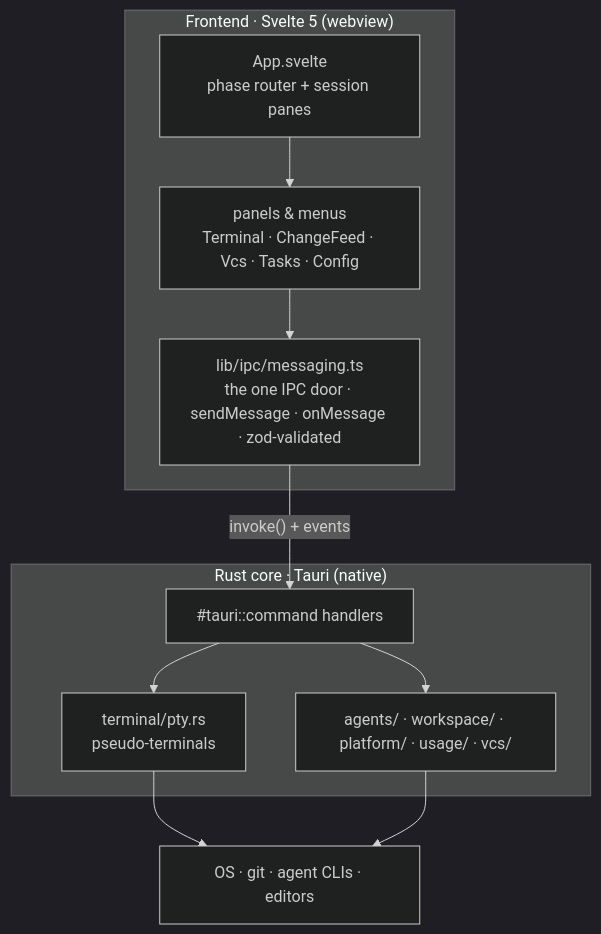
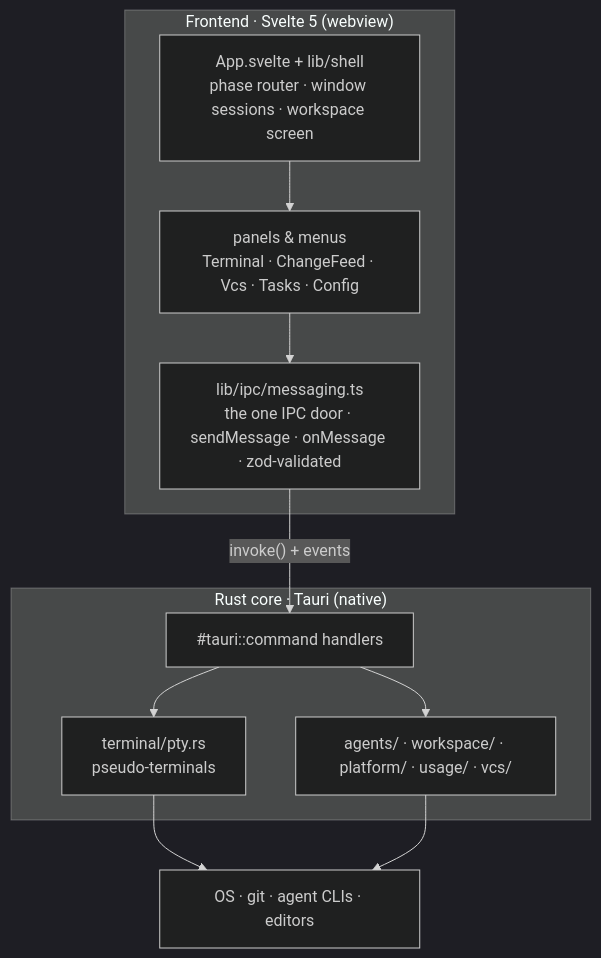
One commit to avi12/pade changed the second of 10 diagrams in ARCHITECTURE.md. Above: the diagram before and after it, drawn with Mermaid (dark theme). The commit also changed other lines of this file, not shown here.

First line of the commit message:
docs(architecture): map the modules split out of the large components

````diff
--- a/ARCHITECTURE.md
+++ b/ARCHITECTURE.md
@@ -71,20 +71,20 @@
 ```mermaid
 flowchart TB
   subgraph FE["Frontend · Svelte 5 (webview)"]
-    App["App.svelte<br/>phase router + session panes"]
+    App["App.svelte + lib/shell<br/>phase router · window sessions · workspace screen"]
     Panels["panels &amp; menus<br/>Terminal · ChangeFeed · Vcs · Tasks · Config"]
     Bridge["lib/ipc/messaging.ts<br/>the one IPC door · sendMessage · onMessage · zod-validated"]
   end
   subgraph BE["Rust core · Tauri (native)"]
     Cmds["#tauri::command handlers"]
     Pty["terminal/pty.rs<br/>pseudo-terminals"]
     Rest["agents/ · workspace/ · platform/ · usage/ · vcs/"]
   end
   OS["OS · git · agent CLIs · editors"]
   App --> Panels --> Bridge
   Bridge -->|"invoke() + events"| Cmds
   Cmds --> Pty
   Cmds --> Rest
   Pty --> OS
   Rest --> OS
 ```
````
